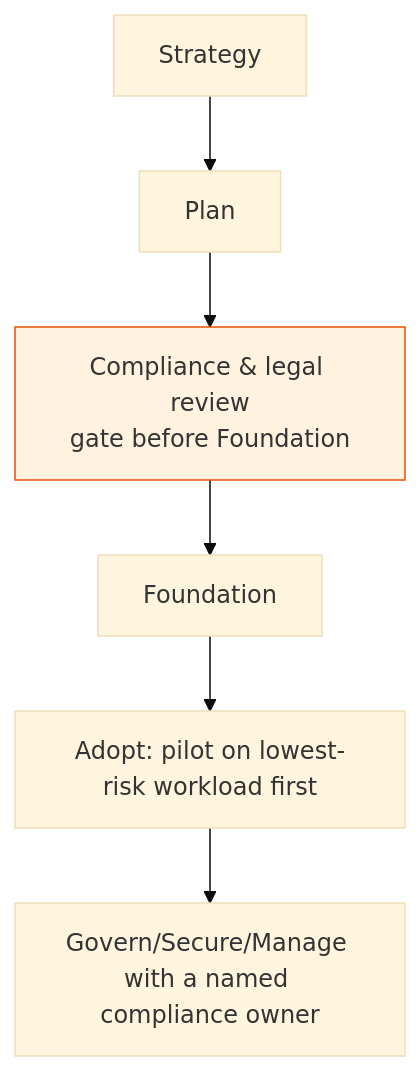
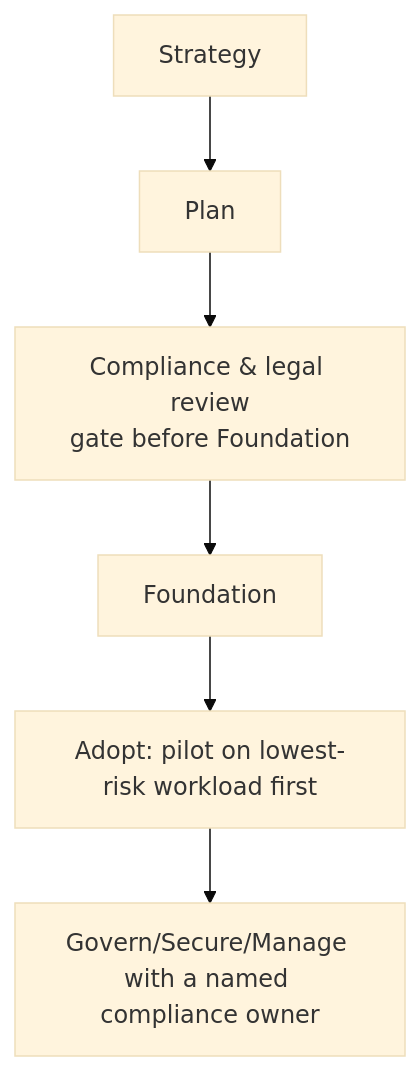
The diagram in docs/scenarios/regulated-industry.md (kevinevans1/cloudflare-adoption-framework), drawn with Mermaid (base theme) before and after one commit. The commit also changed 12 other files, not shown here.

Commit message:
Remove hardcoded Mermaid node colors causing readability issues; let diagrams use Material's theme-aware rendering

````diff
--- a/docs/scenarios/regulated-industry.md
+++ b/docs/scenarios/regulated-industry.md
@@ -9,10 +9,9 @@
 ```mermaid
 flowchart TD
     A[Strategy] --> B[Plan]
     B --> C0[Compliance & legal review<br/>gate before Foundation]
     C0 --> C[Foundation]
     C --> D[Adopt: pilot on lowest-risk workload first]
     D --> E[Govern/Secure/Manage with a named compliance owner]
 
-    style C0 fill:#fff3e0,stroke:#e65100,stroke-width:1px
 ```
````
